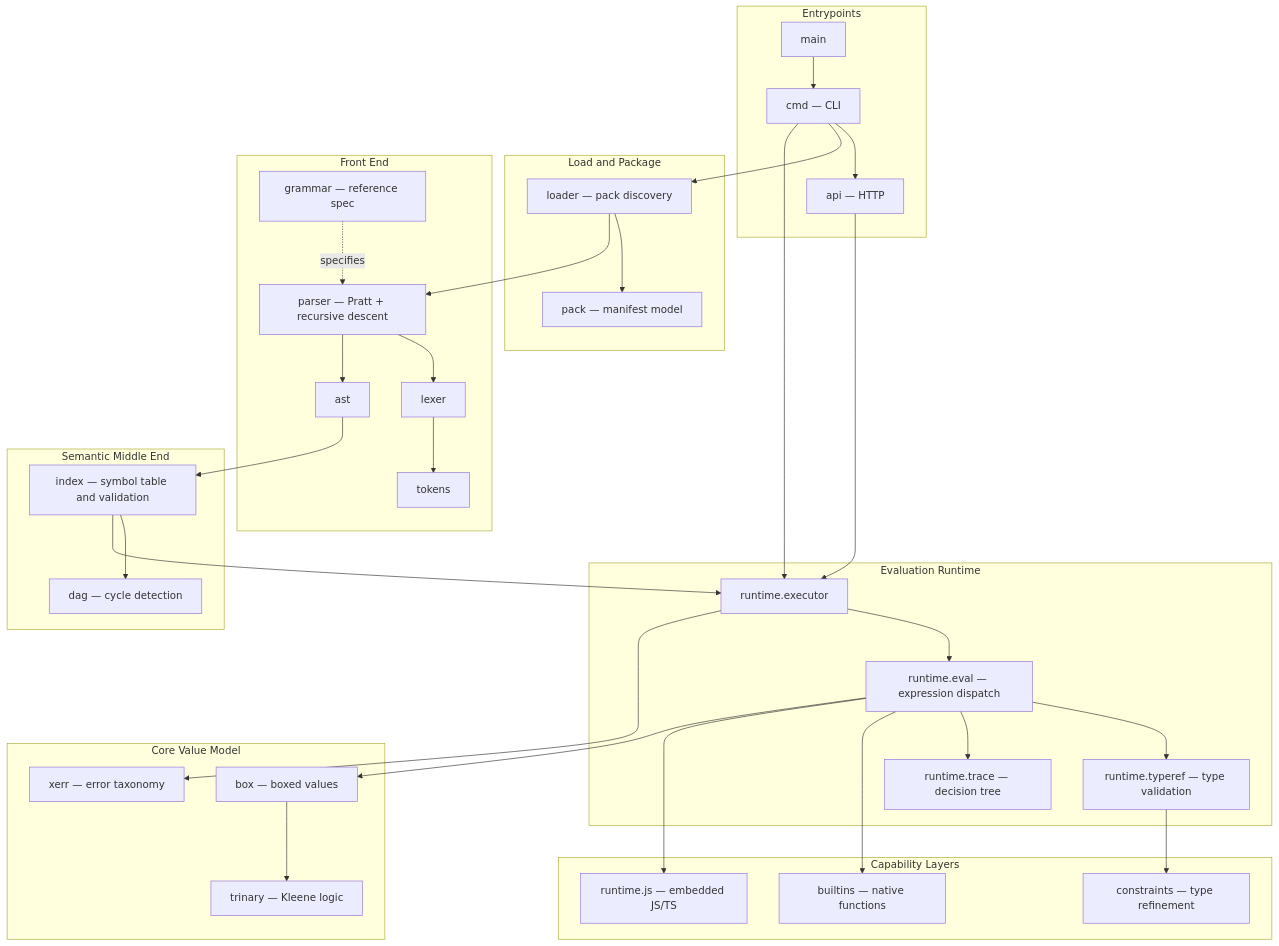
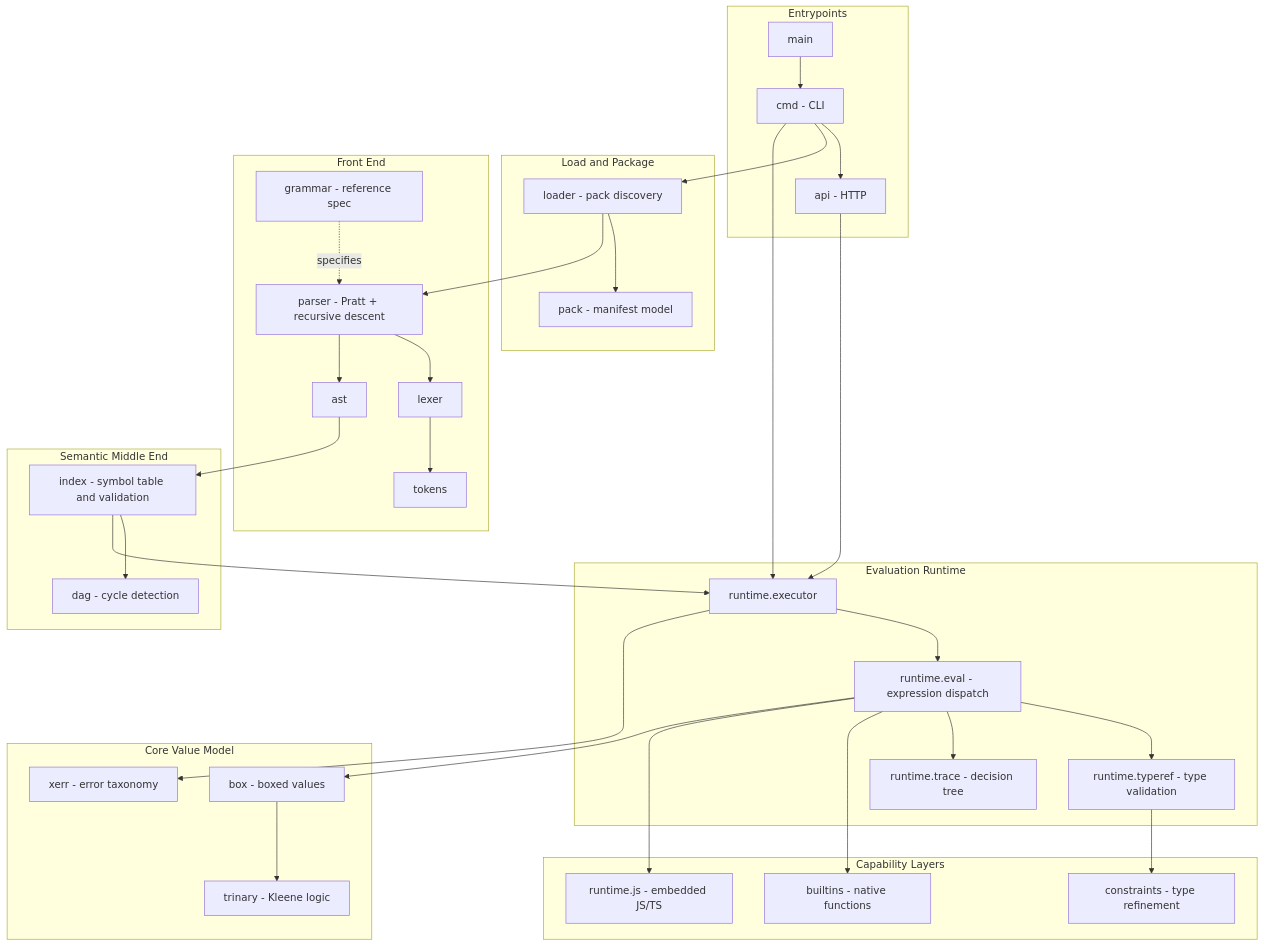
The diagram in docs/codebase-graph/overview.md (sentrie-sh/sentrie), drawn with Mermaid before and after one commit. The commit also changed other lines of this file and 126 other files, not shown here.

````diff
--- a/docs/codebase-graph/overview.md
+++ b/docs/codebase-graph/overview.md
@@ -110,74 +110,74 @@
 ```mermaid
 graph TD
     subgraph Entry["Entrypoints"]
         MAIN[main]
-        CMD[cmd — CLI]
-        API[api — HTTP]
+        CMD[cmd - CLI]
+        API[api - HTTP]
     end
 
     subgraph Load["Load and Package"]
-        PACK[pack — manifest model]
-        LOADER[loader — pack discovery]
+        PACK[pack - manifest model]
+        LOADER[loader - pack discovery]
     end
 
     subgraph Front["Front End"]
         LEXER[lexer]
         TOKENS[tokens]
-        PARSER[parser — Pratt + recursive descent]
+        PARSER[parser - Pratt + recursive descent]
         AST[ast]
-        GRAMMAR[grammar — reference spec]
+        GRAMMAR[grammar - reference spec]
     end
 
     subgraph Middle["Semantic Middle End"]
-        INDEX[index — symbol table and validation]
-        DAG[dag — cycle detection]
+        INDEX[index - symbol table and validation]
+        DAG[dag - cycle detection]
     end
 
     subgraph Back["Evaluation Runtime"]
         EXEC[runtime.executor]
-        EVAL[runtime.eval — expression dispatch]
-        TYPEREF[runtime.typeref — type validation]
-        TRACE[runtime.trace — decision tree]
+        EVAL[runtime.eval - expression dispatch]
+        TYPEREF[runtime.typeref - type validation]
+        TRACE[runtime.trace - decision tree]
     end
 
     subgraph Capability["Capability Layers"]
-        BUILTINS[builtins — native functions]
-        CONSTRAINTS[constraints — type refinement]
-        JS[runtime.js — embedded JS/TS]
+        BUILTINS[builtins - native functions]
+        CONSTRAINTS[constraints - type refinement]
+        JS[runtime.js - embedded JS/TS]
     end
 
     subgraph Core["Core Value Model"]
-        BOX[box — boxed values]
-        TRINARY[trinary — Kleene logic]
-        XERR[xerr — error taxonomy]
+        BOX[box - boxed values]
+        TRINARY[trinary - Kleene logic]
+        XERR[xerr - error taxonomy]
     end
 
     MAIN --> CMD
     CMD --> API
     CMD --> LOADER
     LOADER --> PACK
     LOADER --> PARSER
 
     LEXER --> TOKENS
     PARSER --> LEXER
     PARSER --> AST
     GRAMMAR -.specifies.-> PARSER
 
     AST --> INDEX
     INDEX --> DAG
 
     INDEX --> EXEC
     API --> EXEC
     CMD --> EXEC
 
     EXEC --> EVAL
     EVAL --> TYPEREF
     EVAL --> TRACE
     EVAL --> BUILTINS
     EVAL --> JS
     TYPEREF --> CONSTRAINTS
 
     EVAL --> BOX
     BOX --> TRINARY
     EXEC --> XERR
 ```
````
